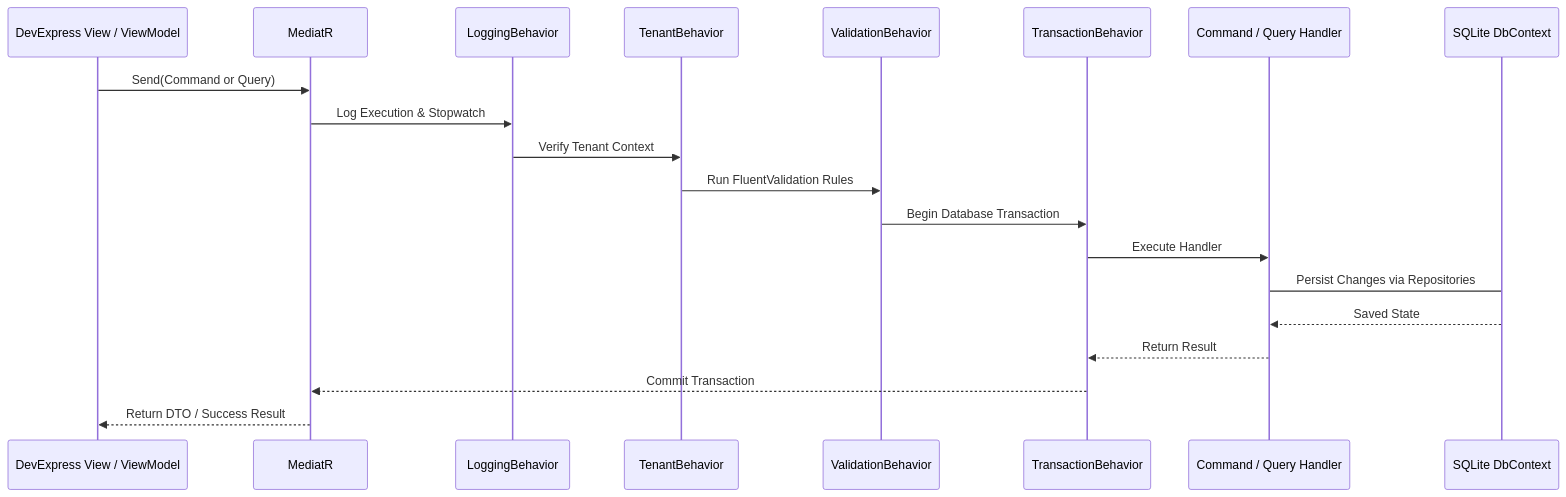
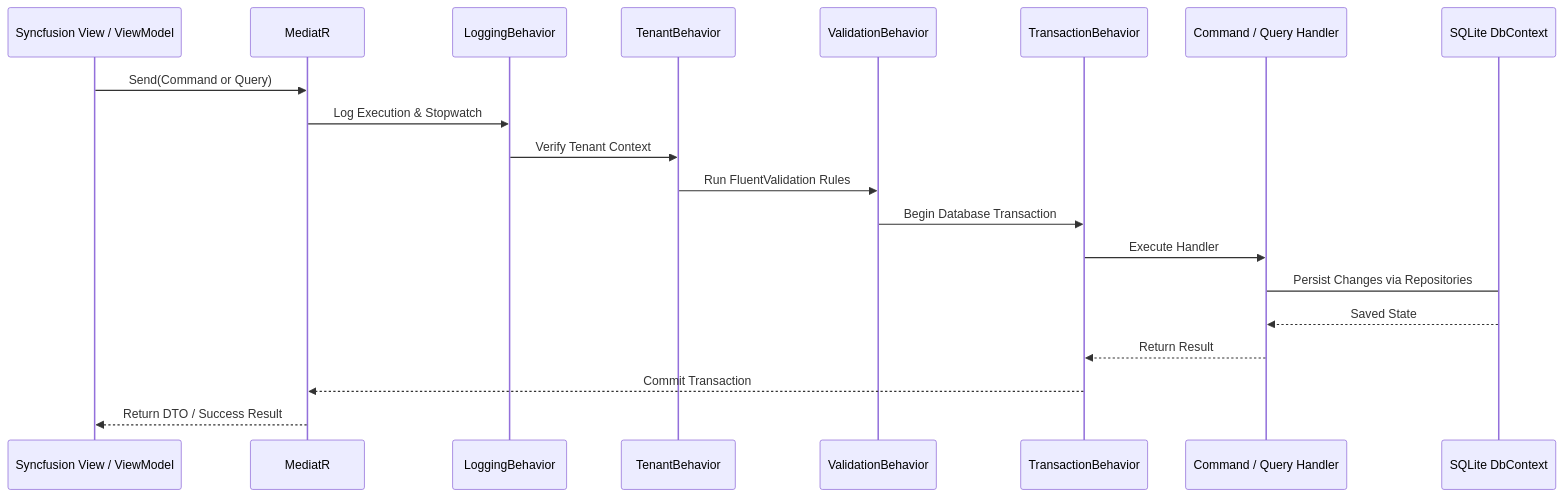
The second of 2 diagrams in ARCHITECTURE.md (FatturaFacile/desktop), drawn with Mermaid before and after one commit. The commit also changed other lines of this file and 25 other files, not shown here.

````diff
--- a/ARCHITECTURE.md
+++ b/ARCHITECTURE.md
@@ -113,23 +122,23 @@
 ```mermaid
 sequenceDiagram
-    participant UI as DevExpress View / ViewModel
+    participant UI as Syncfusion View / ViewModel
     participant Med as MediatR
     participant Log as LoggingBehavior
     participant Ten as TenantBehavior
     participant Val as ValidationBehavior
     participant Tx as TransactionBehavior
     participant Hdl as Command / Query Handler
     participant DB as SQLite DbContext
 
     UI->>Med: Send(Command or Query)
     Med->>Log: Log Execution & Stopwatch
     Log->>Ten: Verify Tenant Context
     Ten->>Val: Run FluentValidation Rules
     Val->>Tx: Begin Database Transaction
     Tx->>Hdl: Execute Handler
     Hdl->DB: Persist Changes via Repositories
     DB-->>Hdl: Saved State
     Hdl-->>Tx: Return Result
     Tx-->>Med: Commit Transaction
     Med-->>UI: Return DTO / Success Result
 ```
````
